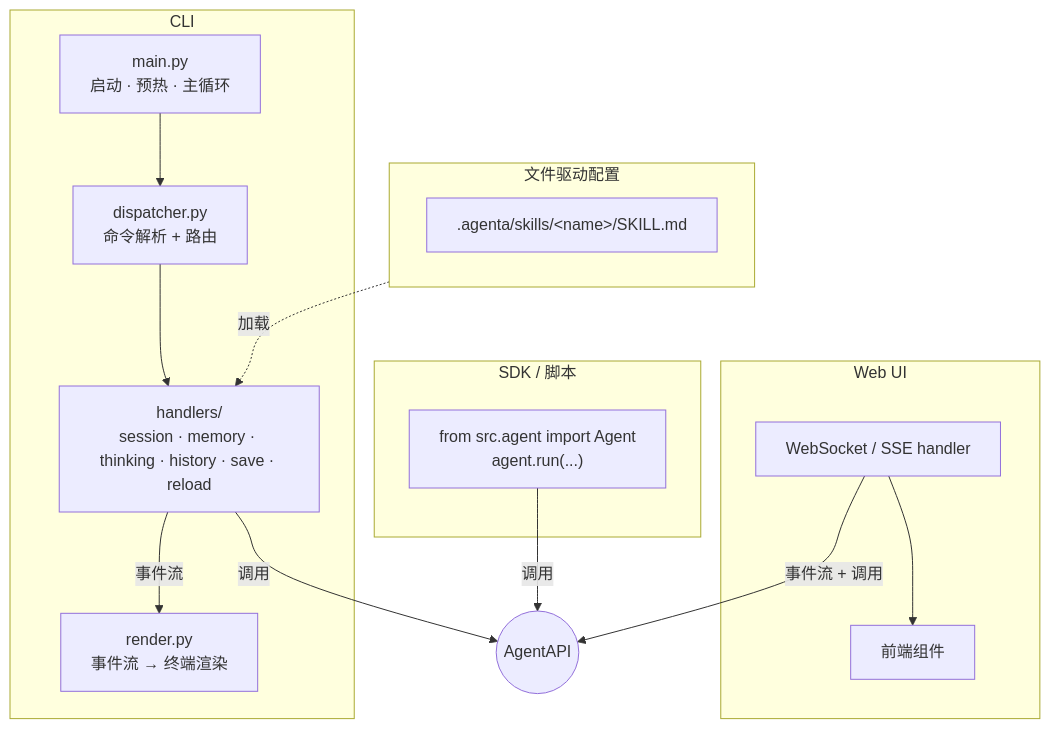
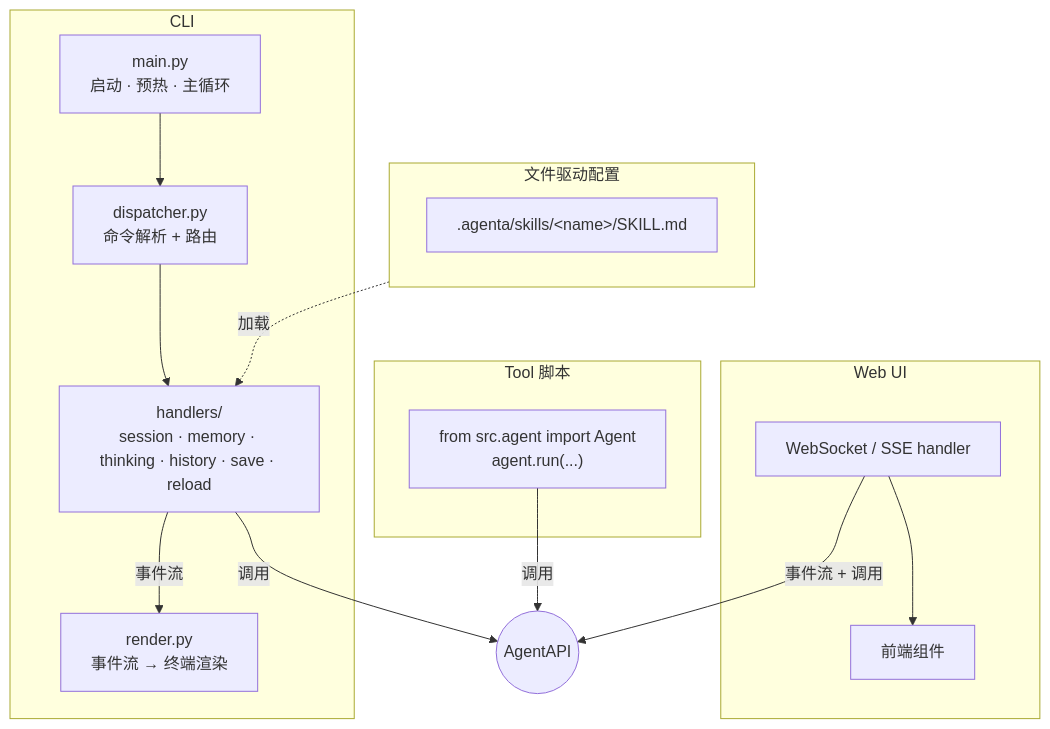
Before and after one commit to michaelwangzhenan/AgentA: diagram 25 of 27 in docs/design.md, drawn with Mermaid. The commit also changed other lines of this file and 13 other files, not shown here.

````diff
--- a/docs/design.md
+++ b/docs/design.md
@@ -1578,33 +1304,33 @@
 ```mermaid
 flowchart TB
     subgraph CLI["CLI"]
         ENTRY["main.py<br/>启动 · 预热 · 主循环"]
         DISPATCH["dispatcher.py<br/>命令解析 + 路由"]
         H["handlers/<br/>session · memory · thinking · history · save · reload"]
         RENDER["render.py<br/>事件流 → 终端渲染"]
         ENTRY --> DISPATCH --> H
         H -->|"事件流"| RENDER
     end
 
     subgraph WEB["Web UI"]
         WS["WebSocket / SSE handler"]
         UI["前端组件"]
         WS --> UI
     end
 
-    subgraph SDK["SDK / 脚本"]
+    subgraph SDK["Tool 脚本"]
         SCRIPT["from src.agent import Agent<br/>agent.run(...)"]
     end
 
     AAPI(("AgentAPI"))
 
     subgraph FILES["文件驱动配置"]
         direction LR
         SK[".agenta/skills/&lt;name&gt;/SKILL.md"]
     end
 
     H -->|"调用"| AAPI
     WS -->|"事件流 + 调用"| AAPI
     SCRIPT -->|"调用"| AAPI
     SK -.加载.-> H
 ```
````
